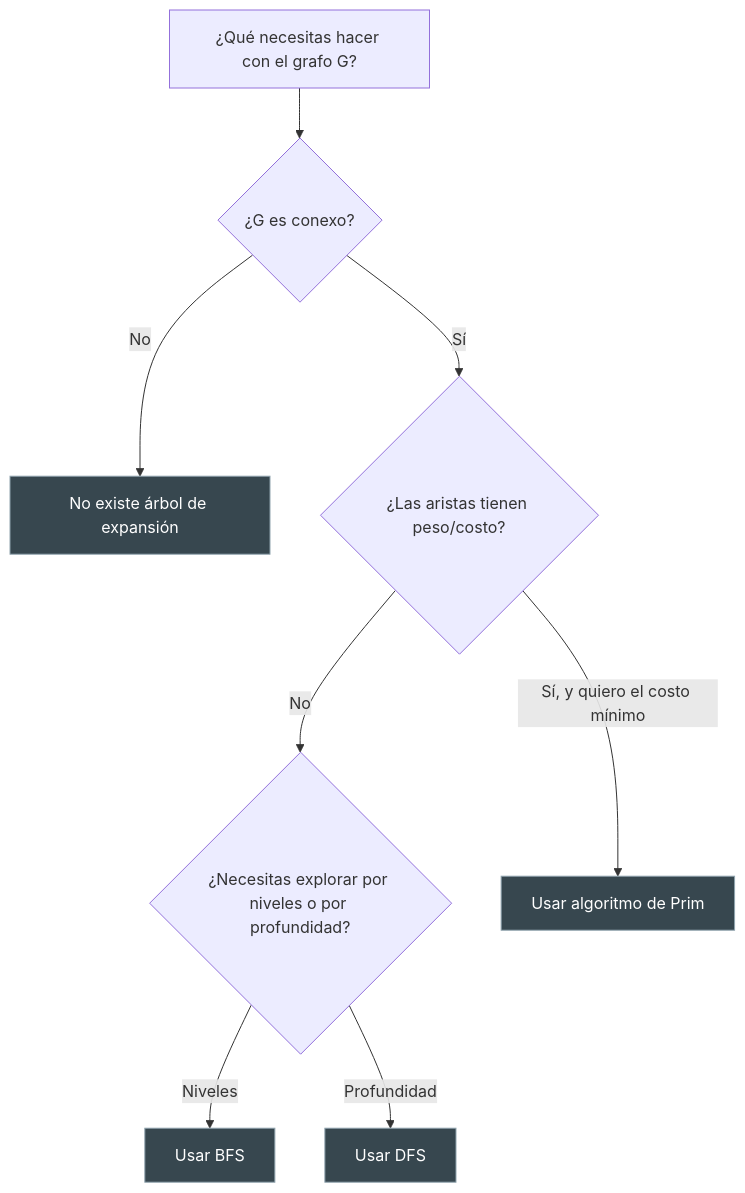
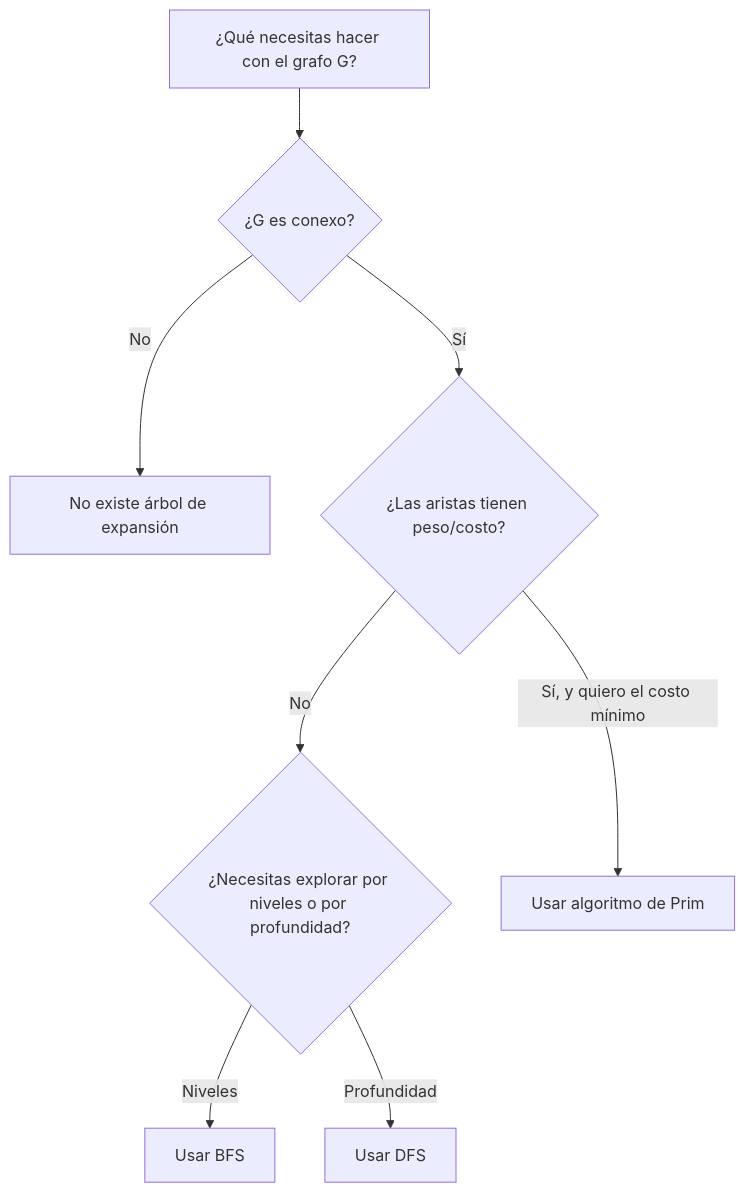
One commit to Fsteven22/Notas-ESPOL changed the second of 2 diagrams in src/site/notes/Universidad/3er Semestre/Matemáticas Discretas/Unidad 5 - Grafos y Árboles/04 - Árboles I - Conceptos Básicos y Árboles de Expansión.md. Above: the diagram before and after it, drawn with Mermaid. The commit also changed other lines of this file and 179 other files, not shown here.

````diff
--- a/src/site/notes/Universidad/3er Semestre/Matemáticas Discretas/Unidad 5 - Grafos y Árboles/04 - Árboles I - Conceptos Básicos y Árboles de Expansión.md
+++ b/src/site/notes/Universidad/3er Semestre/Matemáticas Discretas/Unidad 5 - Grafos y Árboles/04 - Árboles I - Conceptos Básicos y Árboles de Expansión.md
@@ -299,15 +276,11 @@
 ```mermaid
 graph TD
     Start["¿Qué necesitas hacer con el grafo G?"] --> Q1{"¿G es conexo?"}
     Q1 -->|No| NoTree["No existe árbol de expansión"]
     Q1 -->|Sí| Q2{"¿Las aristas tienen peso/costo?"}
     Q2 -->|No| Q3{"¿Necesitas explorar por niveles o por profundidad?"}
     Q3 -->|Niveles| BFS["Usar BFS"]
     Q3 -->|Profundidad| DFS["Usar DFS"]
     Q2 -->|Sí, y quiero el costo mínimo| Prim["Usar algoritmo de Prim"]
 
-    style NoTree fill:#37474F,color:#FFFFFF,stroke:#90A4AE,stroke-width:1px
-    style BFS fill:#37474F,color:#FFFFFF,stroke:#90A4AE,stroke-width:1px
-    style DFS fill:#37474F,color:#FFFFFF,stroke:#90A4AE,stroke-width:1px
-    style Prim fill:#37474F,color:#FFFFFF,stroke:#90A4AE,stroke-width:1px
 ```
````
